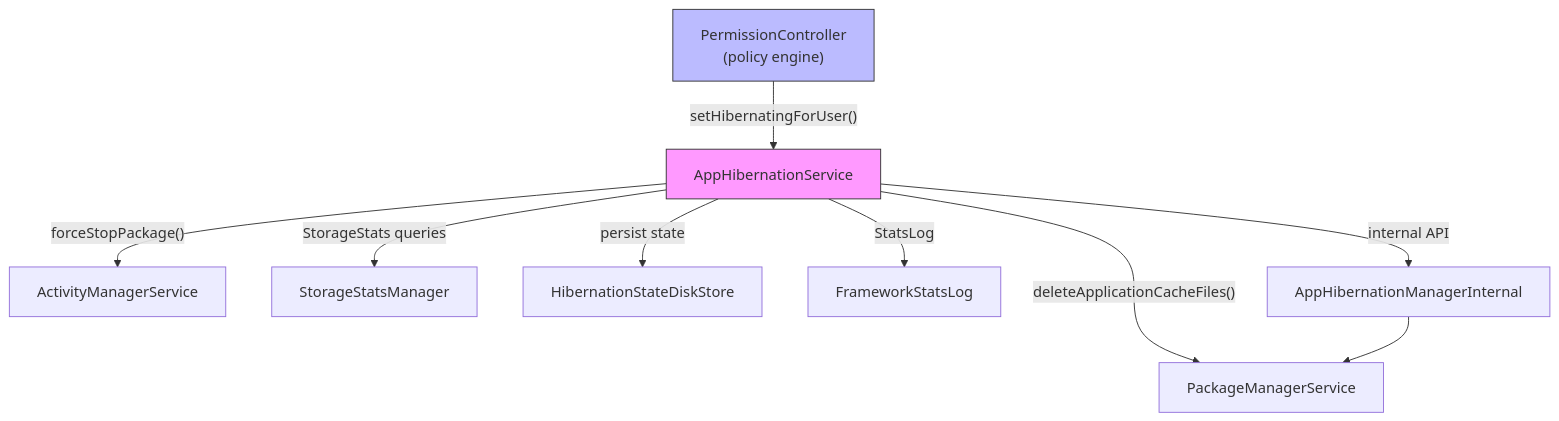
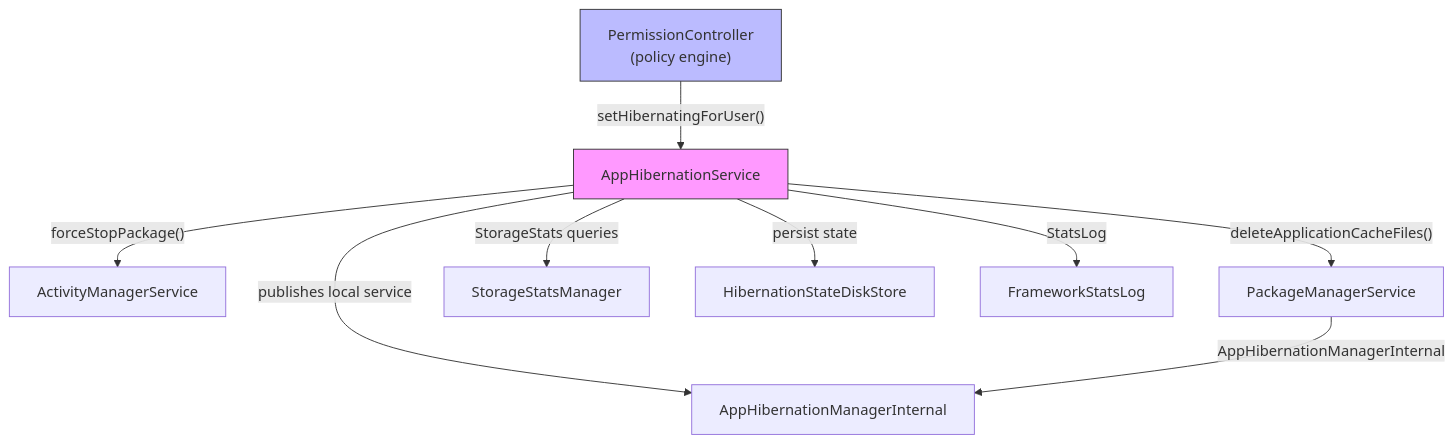
Diagram 24 of 28 in agents/claude/skills/aosp-framework-services/26-package-manager.md (aospbooks/aosp-internal-book), drawn with Mermaid before and after one commit. The commit also changed other lines of this file and 218 other files, not shown here.

````diff
--- a/agents/claude/skills/aosp-framework-services/26-package-manager.md
+++ b/agents/claude/skills/aosp-framework-services/26-package-manager.md
@@ -3568,14 +3598,14 @@
 ```mermaid
 graph TD
     PC["PermissionController<br/>(policy engine)"] -->|"setHibernatingForUser()"| AHS["AppHibernationService"]
     AHS -->|"forceStopPackage()"| AMS["ActivityManagerService"]
     AHS -->|"deleteApplicationCacheFiles()"| PMS["PackageManagerService"]
     AHS -->|"StorageStats queries"| SSM["StorageStatsManager"]
     AHS -->|"persist state"| Disk["HibernationStateDiskStore"]
     AHS -->|"StatsLog"| Stats["FrameworkStatsLog"]
-    AHS -->|"internal API"| AHMI["AppHibernationManagerInternal"]
-    AHMI --> PMS
+    AHS -->|"publishes local service"| AHMI["AppHibernationManagerInternal"]
+    PMS -->|"AppHibernationManagerInternal"| AHMI
 
     style AHS fill:#f9f,stroke:#333
     style PC fill:#bbf,stroke:#333
 ```
````
